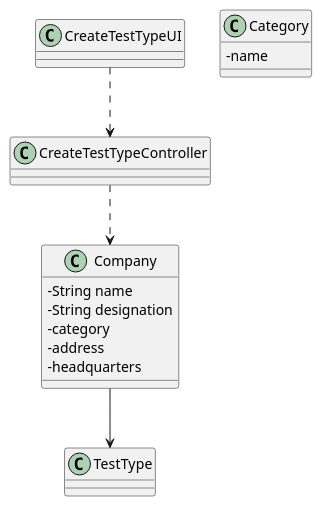
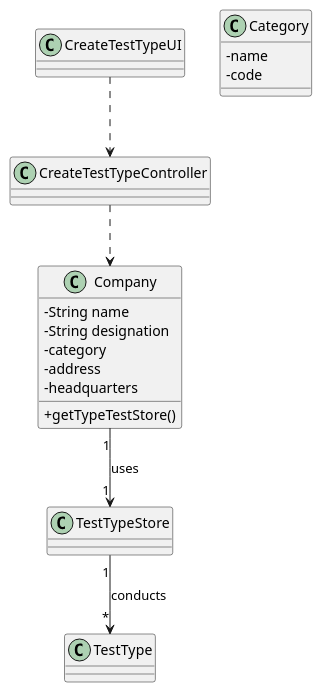
One commit to manu-07-ela/LAPR2_ISEP changed the diagram in docs/SprintB/US09/US09_CD.puml. Above: the diagram before and after it, drawn with PlantUML. The commit also changed 2 other files, not shown here.

```diff
--- a/docs/SprintB/US09/US09_CD.puml
+++ b/docs/SprintB/US09/US09_CD.puml
@@ -1,30 +1,35 @@
 @startuml
 skinparam classAttributeIconSize 0
 
 class Company{
 -String name
 -String designation
 -category
 -address
 -headquarters
++getTypeTestStore()
 }
 
 class CreateTestTypeUI{
 }
 
 class CreateTestTypeController{
 }
 
 class TestType{
 }
 
 class Category{
 -name
+-code
+}
+
+class TestTypeStore{
 }
 
 CreateTestTypeUI ..> CreateTestTypeController
 CreateTestTypeController ..> Company
-Company --> TestType
-
+Company"1"--> "1" TestTypeStore : uses
+TestTypeStore "1"-->"*" TestType : conducts
 
 @enduml
```
